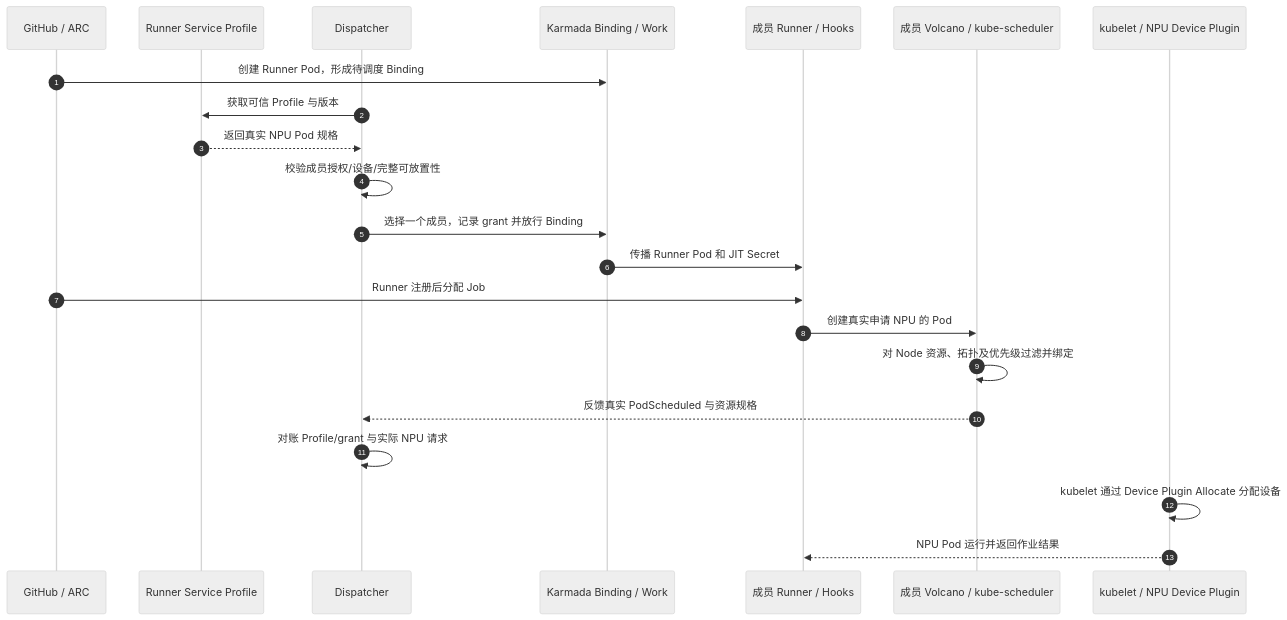
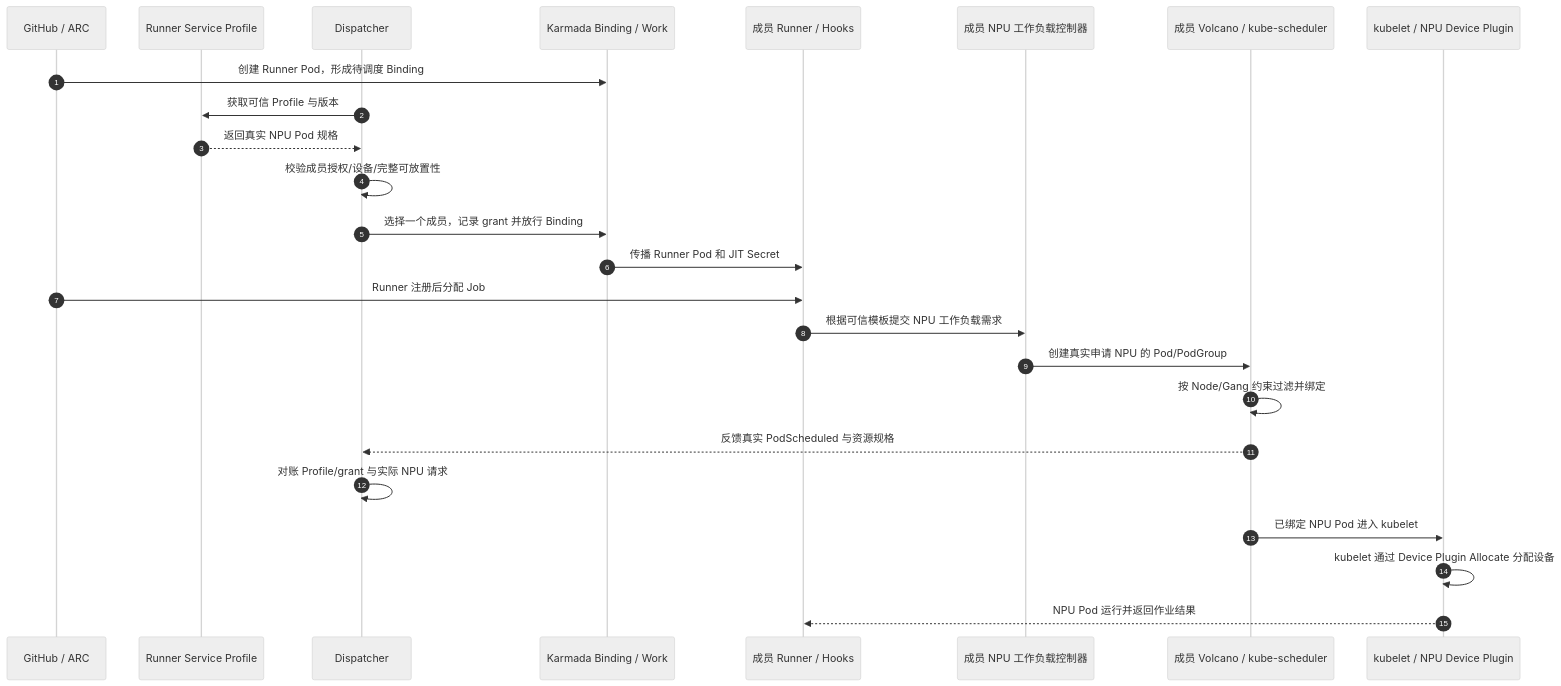
Diagram 16 of 18 in docs/ASCEND-CI-FEDERATED-CLUSTER-FUNCTIONAL-DESIGN.md (pkking/arc-karmada-test), drawn with Mermaid (neutral theme) before and after one commit. The commit also changed other lines of this file and 2 other files, not shown here.

First line of the commit message:
docs: 收敛 NPU 需求先验、成员放置和 Runner 状态正确性设计 (#15)

````diff
--- a/docs/ASCEND-CI-FEDERATED-CLUSTER-FUNCTIONAL-DESIGN.md
+++ b/docs/ASCEND-CI-FEDERATED-CLUSTER-FUNCTIONAL-DESIGN.md
@@ -1957,24 +1996,27 @@
 ```mermaid
 sequenceDiagram
     autonumber
     participant ARC as GitHub / ARC
     participant P as Runner Service Profile
     participant D as Dispatcher
     participant K as Karmada Binding / Work
     participant R as 成员 Runner / Hooks
+    participant W as 成员 NPU 工作负载控制器
     participant M as 成员 Volcano / kube-scheduler
     participant KL as kubelet / NPU Device Plugin
     ARC->>K: 创建 Runner Pod，形成待调度 Binding
     D->>P: 获取可信 Profile 与版本
     P-->>D: 返回真实 NPU Pod 规格
     D->>D: 校验成员授权/设备/完整可放置性
     D->>K: 选择一个成员，记录 grant 并放行 Binding
     K->>R: 传播 Runner Pod 和 JIT Secret
     ARC->>R: Runner 注册后分配 Job
-    R->>M: 创建真实申请 NPU 的 Pod
-    M->>M: 对 Node 资源、拓扑及优先级过滤并绑定
+    R->>W: 根据可信模板提交 NPU 工作负载需求
+    W->>M: 创建真实申请 NPU 的 Pod/PodGroup
+    M->>M: 按 Node/Gang 约束过滤并绑定
     M-->>D: 反馈真实 PodScheduled 与资源规格
     D->>D: 对账 Profile/grant 与实际 NPU 请求
+    M->>KL: 已绑定 NPU Pod 进入 kubelet
     KL->>KL: kubelet 通过 Device Plugin Allocate 分配设备
     KL-->>R: NPU Pod 运行并返回作业结果
 ```
````
